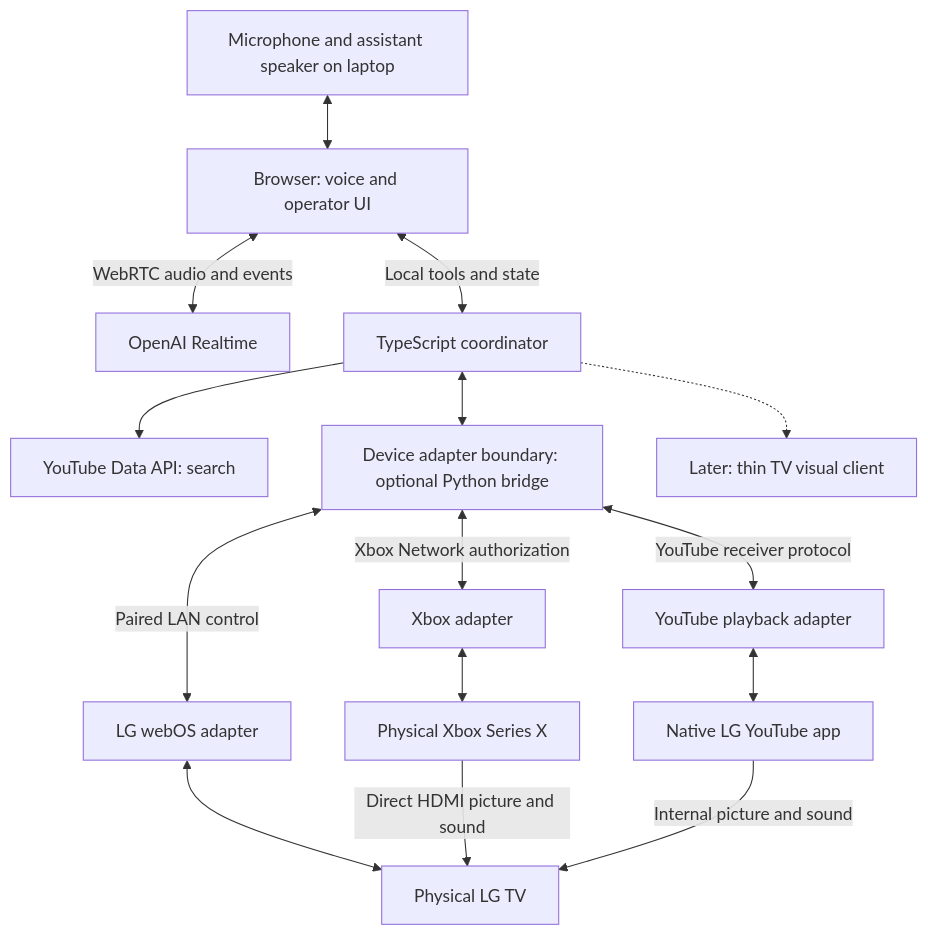
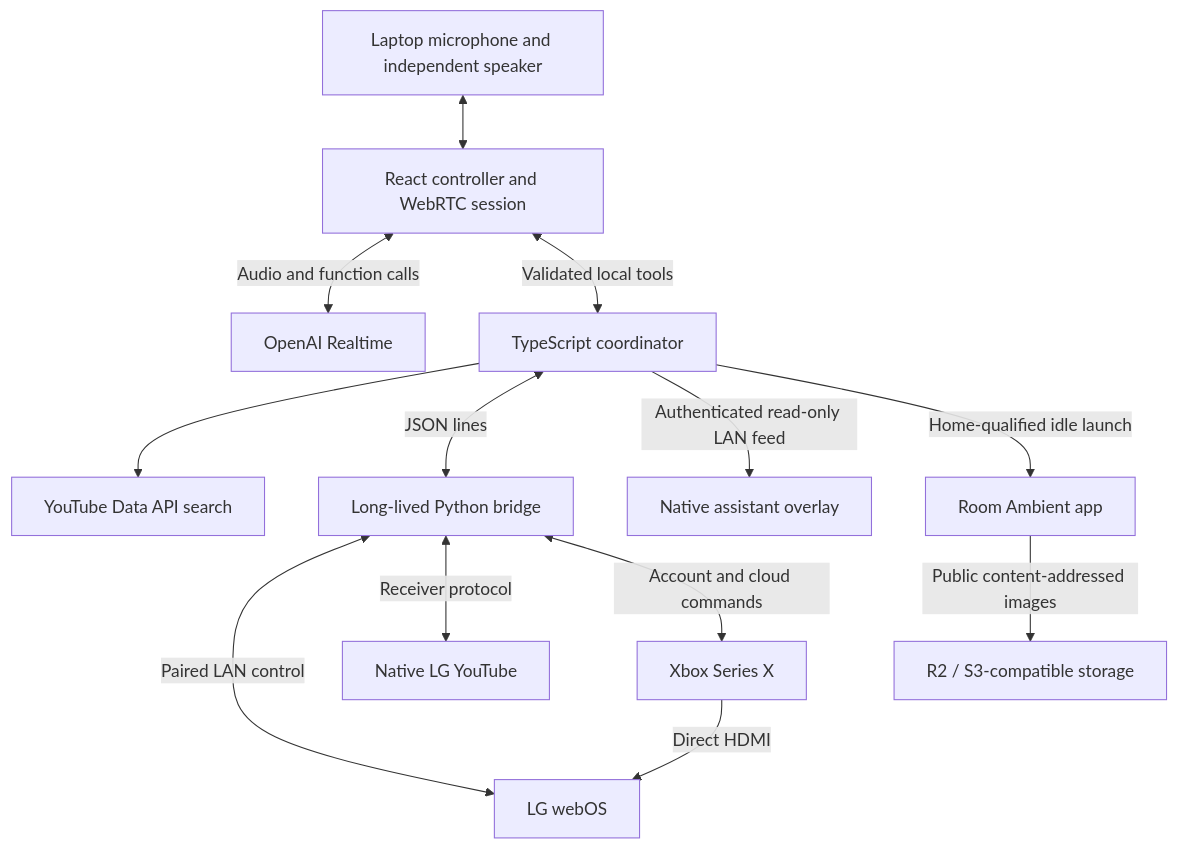
Before and after one commit to transitive-bullshit/smart-tv-for-real-tho: the diagram in docs/implementation-plan.md, drawn with Mermaid. The commit also changed other lines of this file and 14 other files, not shown here.

````diff
--- a/docs/implementation-plan.md
+++ b/docs/implementation-plan.md
@@ -61,17 +15,15 @@
 ```mermaid
 flowchart TD
-    U[Microphone and assistant speaker on laptop] <--> B[Browser: voice and operator UI]
-    B <-->|WebRTC audio and events| O[OpenAI Realtime]
-    B <-->|Local tools and state| C[TypeScript coordinator]
-    C --> S[YouTube Data API: search]
-    C <--> A[Device adapter boundary: optional Python bridge]
-    A <-->|Paired LAN control| L[LG webOS adapter]
-    A <-->|Xbox Network authorization| X[Xbox adapter]
-    A <-->|YouTube receiver protocol| Y[YouTube playback adapter]
-    L <--> T[Physical LG TV]
-    X <--> G[Physical Xbox Series X]
-    Y <--> N[Native LG YouTube app]
-    G -->|Direct HDMI picture and sound| T
-    N -->|Internal picture and sound| T
-    C -.-> D[Later: thin TV visual client]
+    U[Laptop microphone and independent speaker] <--> B[React controller and WebRTC session]
+    B <-->|Audio and function calls| O[OpenAI Realtime]
+    B <-->|Validated local tools| C[TypeScript coordinator]
+    C --> S[YouTube Data API search]
+    C <-->|JSON lines| P[Long-lived Python bridge]
+    P <-->|Paired LAN control| L[LG webOS]
+    P <-->|Receiver protocol| Y[Native LG YouTube]
+    P <-->|Account and cloud commands| X[Xbox Series X]
+    X -->|Direct HDMI| L
+    C -->|Authenticated read-only LAN feed| D[Native assistant overlay]
+    C -->|Home-qualified idle launch| A[Room Ambient app]
+    A -->|Public content-addressed images| R[R2 / S3-compatible storage]
 ```
````
